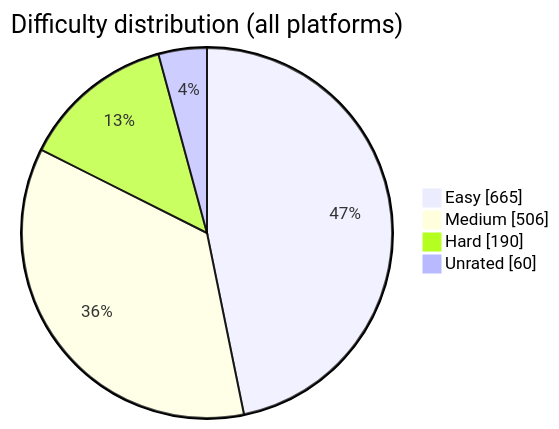
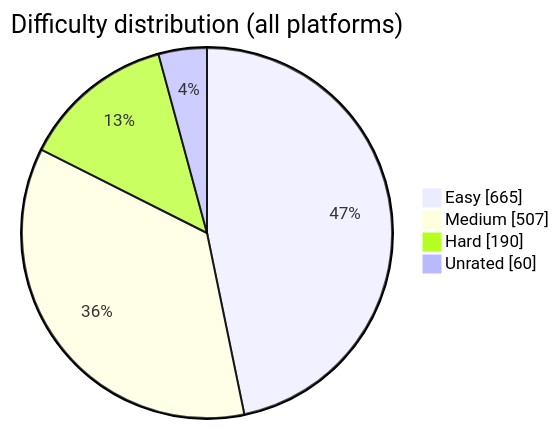
The diagram in README.md (BuildbyArindam/Daily-Coding-Log), drawn with Mermaid before and after one commit. The commit also changed other lines of this file, not shown here.

````diff
--- a/README.md
+++ b/README.md
@@ -93,7 +93,7 @@
 ```mermaid
 pie showData title Difficulty distribution (all platforms)
     "Easy" : 665
-    "Medium" : 506
+    "Medium" : 507
     "Hard" : 190
     "Unrated" : 60
 ```
````
